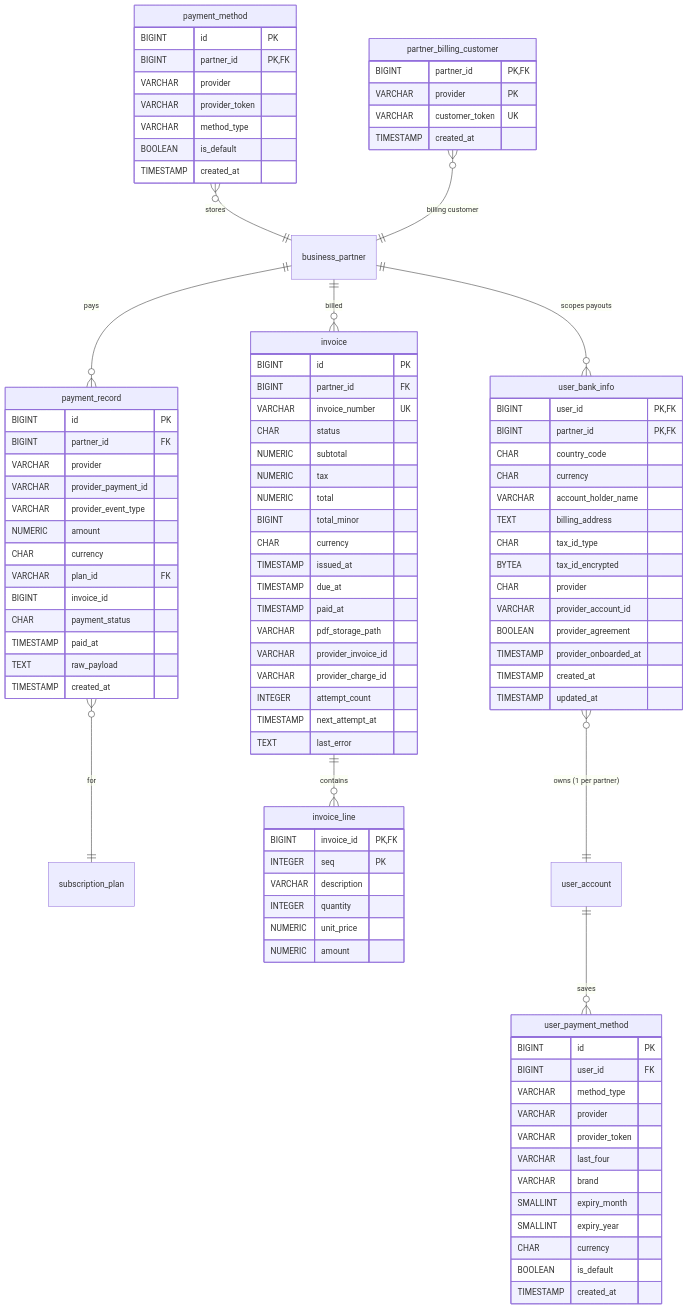
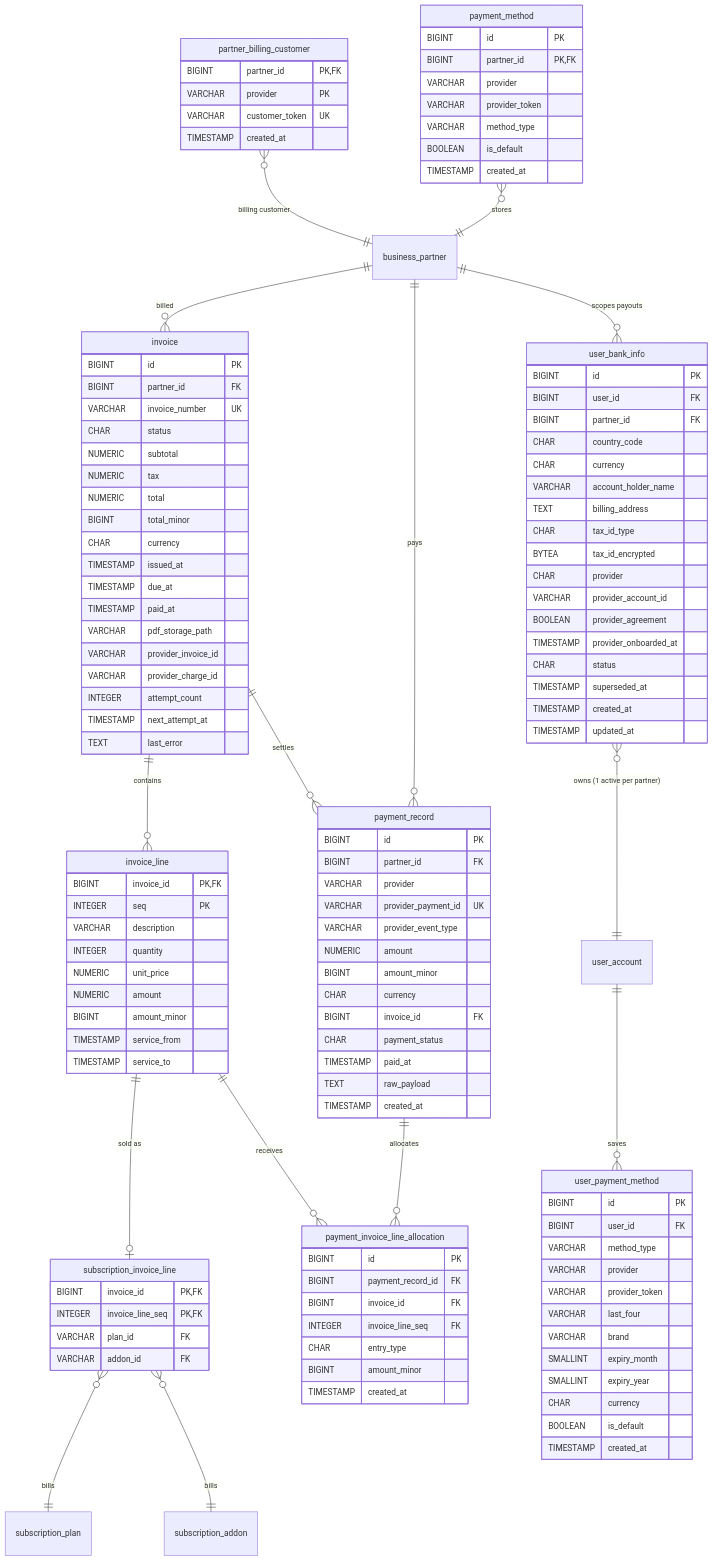
Before and after one commit to nauticana/keel: diagram 13 of 14 in README.md, drawn with Mermaid. The commit also changed other lines of this file and 30 other files, not shown here.

````diff
--- a/README.md
+++ b/README.md
@@ -2249,13 +2266,18 @@
 ```mermaid
 erDiagram
-    payment_record }o--|| subscription_plan : for
     business_partner ||--o{ payment_record : pays
+    invoice ||--o{ payment_record : settles
     payment_method }o--|| business_partner : stores
     partner_billing_customer }o--|| business_partner : "billing customer"
     business_partner ||--o{ invoice : billed
     invoice ||--o{ invoice_line : contains
+    invoice_line ||--o| subscription_invoice_line : "sold as"
+    subscription_invoice_line }o--|| subscription_plan : bills
+    subscription_invoice_line }o--|| subscription_addon : bills
+    payment_record ||--o{ payment_invoice_line_allocation : allocates
+    invoice_line ||--o{ payment_invoice_line_allocation : receives
     business_partner ||--o{ user_bank_info : "scopes payouts"
-    user_bank_info }o--|| user_account : "owns (1 per partner)"
+    user_bank_info }o--|| user_account : "owns (1 active per partner)"
     user_account ||--o{ user_payment_method : saves
 
     payment_method {
@@ -2271,20 +2293,30 @@
         BIGINT id PK
         BIGINT partner_id FK
         VARCHAR provider
-        VARCHAR provider_payment_id
+        VARCHAR provider_payment_id UK
         VARCHAR provider_event_type
         NUMERIC amount
+        BIGINT amount_minor
         CHAR currency
-        VARCHAR plan_id FK
-        BIGINT invoice_id
+        BIGINT invoice_id FK
         CHAR payment_status
         TIMESTAMP paid_at
         TEXT raw_payload
         TIMESTAMP created_at
     }
+    payment_invoice_line_allocation {
+        BIGINT id PK
+        BIGINT payment_record_id FK
+        BIGINT invoice_id FK
+        INTEGER invoice_line_seq FK
+        CHAR entry_type
+        BIGINT amount_minor
+        TIMESTAMP created_at
+    }
     user_bank_info {
-        BIGINT user_id PK,FK
-        BIGINT partner_id PK,FK
+        BIGINT id PK
+        BIGINT user_id FK
+        BIGINT partner_id FK
         CHAR country_code
         CHAR currency
         VARCHAR account_holder_name
@@ -2295,6 +2327,8 @@
         VARCHAR provider_account_id
         BOOLEAN provider_agreement
         TIMESTAMP provider_onboarded_at
+        CHAR status
+        TIMESTAMP superseded_at
         TIMESTAMP created_at
         TIMESTAMP updated_at
     }
@@ -2331,6 +2365,15 @@
         INTEGER quantity
         NUMERIC unit_price
         NUMERIC amount
+        BIGINT amount_minor
+        TIMESTAMP service_from
+        TIMESTAMP service_to
+    }
+    subscription_invoice_line {
+        BIGINT invoice_id PK,FK
+        INTEGER invoice_line_seq PK,FK
+        VARCHAR plan_id FK
+        VARCHAR addon_id FK
     }
     user_payment_method {
         BIGINT id PK
````
